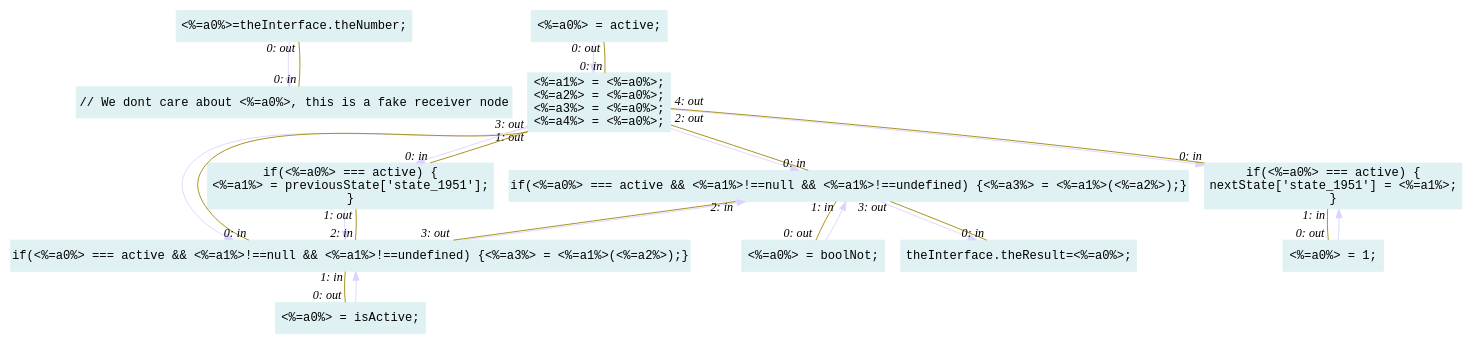
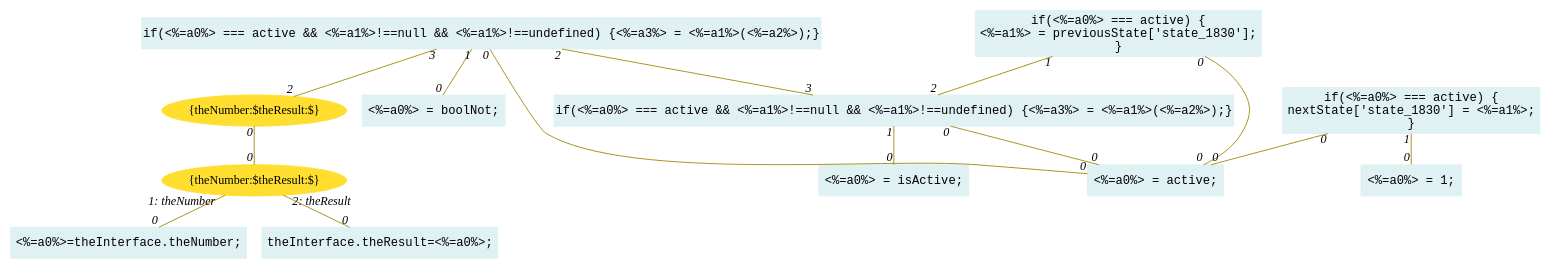
The diagram in lidl-core/example/ok/definitionOfInit/error.dot (crubier/lidl), drawn with Graphviz before and after one commit. The commit also changed 205 other files, not shown here.

```diff
--- a/lidl-core/example/ok/definitionOfInit/error.dot
+++ b/lidl-core/example/ok/definitionOfInit/error.dot
@@ -1,56 +1,40 @@
-digraph g{node_1863 [shape="box", style="filled", color="#dff1f2", fontname="Courier", label="<%=a0%>=theInterface.theNumber;
+digraph g{node_1742 [shape="box", style="filled", color="#dff1f2", fontname="Courier", label="<%=a0%>=theInterface.theNumber;
 " ]
-node_1865 [shape="box", style="filled", color="#dff1f2", fontname="Courier", label="theInterface.theResult=<%=a0%>;
+node_1744 [shape="box", style="filled", color="#dff1f2", fontname="Courier", label="theInterface.theResult=<%=a0%>;
 " ]
-node_1928 [shape="box", style="filled", color="#dff1f2", fontname="Courier", label="<%=a0%> = active;
+node_1746 [shape="ellipse", style="filled", color="#ffde2f", fontname="Times", label="{theNumber:$theResult:$}" ]
+node_1800 [shape="ellipse", style="filled", color="#ffde2f", fontname="Times", label="{theNumber:$theResult:$}" ]
+node_1807 [shape="box", style="filled", color="#dff1f2", fontname="Courier", label="<%=a0%> = active;
 " ]
-node_1935 [shape="box", style="filled", color="#dff1f2", fontname="Courier", label="<%=a0%> = isActive;
+node_1814 [shape="box", style="filled", color="#dff1f2", fontname="Courier", label="<%=a0%> = isActive;
 " ]
-node_1937 [shape="box", style="filled", color="#dff1f2", fontname="Courier", label="<%=a0%> = boolNot;
+node_1816 [shape="box", style="filled", color="#dff1f2", fontname="Courier", label="<%=a0%> = boolNot;
 " ]
-node_1939 [shape="box", style="filled", color="#dff1f2", fontname="Courier", label="<%=a0%> = 1;
+node_1818 [shape="box", style="filled", color="#dff1f2", fontname="Courier", label="<%=a0%> = 1;
 " ]
-node_1941 [shape="box", style="filled", color="#dff1f2", fontname="Courier", label="if(<%=a0%> === active && <%=a1%>!==null && <%=a1%>!==undefined) {<%=a3%> = <%=a1%>(<%=a2%>);}
+node_1820 [shape="box", style="filled", color="#dff1f2", fontname="Courier", label="if(<%=a0%> === active && <%=a1%>!==null && <%=a1%>!==undefined) {<%=a3%> = <%=a1%>(<%=a2%>);}
 " ]
-node_1946 [shape="box", style="filled", color="#dff1f2", fontname="Courier", label="if(<%=a0%> === active && <%=a1%>!==null && <%=a1%>!==undefined) {<%=a3%> = <%=a1%>(<%=a2%>);}
+node_1825 [shape="box", style="filled", color="#dff1f2", fontname="Courier", label="if(<%=a0%> === active && <%=a1%>!==null && <%=a1%>!==undefined) {<%=a3%> = <%=a1%>(<%=a2%>);}
 " ]
-node_1952 [shape="box", style="filled", color="#dff1f2", fontname="Courier", label="if(<%=a0%> === active) {
-<%=a1%> = previousState['state_1951'];
+node_1831 [shape="box", style="filled", color="#dff1f2", fontname="Courier", label="if(<%=a0%> === active) {
+<%=a1%> = previousState['state_1830'];
 }
 " ]
-node_1955 [shape="box", style="filled", color="#dff1f2", fontname="Courier", label="if(<%=a0%> === active) {
-nextState['state_1951'] = <%=a1%>;
+node_1834 [shape="box", style="filled", color="#dff1f2", fontname="Courier", label="if(<%=a0%> === active) {
+nextState['state_1830'] = <%=a1%>;
 }
 " ]
-node_1967 [shape="box", style="filled", color="#dff1f2", fontname="Courier", label="<%=a1%> = <%=a0%>;
-<%=a2%> = <%=a0%>;
-<%=a3%> = <%=a0%>;
-<%=a4%> = <%=a0%>;
-" ]
-node_1973 [shape="box", style="filled", color="#dff1f2", fontname="Courier", label="// We dont care about <%=a0%>, this is a fake receiver node
-" ]
-node_1863 -> node_1973 [dir=forward, arrowHead=normal, fontname="Times-Italic", arrowsize=1, color="#ddd2ff", label="",  headlabel="", taillabel="" ]
-node_1946 -> node_1865 [dir=forward, arrowHead=normal, fontname="Times-Italic", arrowsize=1, color="#ddd2ff", label="",  headlabel="", taillabel="" ]
-node_1941 -> node_1946 [dir=forward, arrowHead=normal, fontname="Times-Italic", arrowsize=1, color="#ddd2ff", label="",  headlabel="", taillabel="" ]
-node_1952 -> node_1941 [dir=forward, arrowHead=normal, fontname="Times-Italic", arrowsize=1, color="#ddd2ff", label="",  headlabel="", taillabel="" ]
-node_1967 -> node_1941 [dir=forward, arrowHead=normal, fontname="Times-Italic", arrowsize=1, color="#ddd2ff", label="",  headlabel="", taillabel="" ]
-node_1967 -> node_1946 [dir=forward, arrowHead=normal, fontname="Times-Italic", arrowsize=1, color="#ddd2ff", label="",  headlabel="", taillabel="" ]
-node_1967 -> node_1952 [dir=forward, arrowHead=normal, fontname="Times-Italic", arrowsize=1, color="#ddd2ff", label="",  headlabel="", taillabel="" ]
-node_1967 -> node_1955 [dir=forward, arrowHead=normal, fontname="Times-Italic", arrowsize=1, color="#ddd2ff", label="",  headlabel="", taillabel="" ]
-node_1928 -> node_1967 [dir=forward, arrowHead=normal, fontname="Times-Italic", arrowsize=1, color="#ddd2ff", label="",  headlabel="", taillabel="" ]
-node_1935 -> node_1941 [dir=forward, arrowHead=normal, fontname="Times-Italic", arrowsize=1, color="#ddd2ff", label="",  headlabel="", taillabel="" ]
-node_1937 -> node_1946 [dir=forward, arrowHead=normal, fontname="Times-Italic", arrowsize=1, color="#ddd2ff", label="",  headlabel="", taillabel="" ]
-node_1939 -> node_1955 [dir=forward, arrowHead=normal, fontname="Times-Italic", arrowsize=1, color="#ddd2ff", label="",  headlabel="", taillabel="" ]
-node_1941 -> node_1935 [dir=none, arrowHead=none, fontname="Times-Italic", arrowsize=1, color="#9d8400", label="",  headlabel="0: out", taillabel="1: in" ]
-node_1946 -> node_1937 [dir=none, arrowHead=none, fontname="Times-Italic", arrowsize=1, color="#9d8400", label="",  headlabel="0: out", taillabel="1: in" ]
-node_1946 -> node_1941 [dir=none, arrowHead=none, fontname="Times-Italic", arrowsize=1, color="#9d8400", label="",  headlabel="3: out", taillabel="2: in" ]
-node_1952 -> node_1941 [dir=none, arrowHead=none, fontname="Times-Italic", arrowsize=1, color="#9d8400", label="",  headlabel="2: in", taillabel="1: out" ]
-node_1955 -> node_1939 [dir=none, arrowHead=none, fontname="Times-Italic", arrowsize=1, color="#9d8400", label="",  headlabel="0: out", taillabel="1: in" ]
-node_1946 -> node_1865 [dir=none, arrowHead=none, fontname="Times-Italic", arrowsize=1, color="#9d8400", label="",  headlabel="0: in", taillabel="3: out" ]
-node_1928 -> node_1967 [dir=none, arrowHead=none, fontname="Times-Italic", arrowsize=1, color="#9d8400", label="",  headlabel="0: in", taillabel="0: out" ]
-node_1967 -> node_1941 [dir=none, arrowHead=none, fontname="Times-Italic", arrowsize=1, color="#9d8400", label="",  headlabel="0: in", taillabel="1: out" ]
-node_1967 -> node_1946 [dir=none, arrowHead=none, fontname="Times-Italic", arrowsize=1, color="#9d8400", label="",  headlabel="0: in", taillabel="2: out" ]
-node_1967 -> node_1952 [dir=none, arrowHead=none, fontname="Times-Italic", arrowsize=1, color="#9d8400", label="",  headlabel="0: in", taillabel="3: out" ]
-node_1967 -> node_1955 [dir=none, arrowHead=none, fontname="Times-Italic", arrowsize=1, color="#9d8400", label="",  headlabel="0: in", taillabel="4: out" ]
-node_1863 -> node_1973 [dir=none, arrowHead=none, fontname="Times-Italic", arrowsize=1, color="#9d8400", label="",  headlabel="0: in", taillabel="0: out" ]
+node_1746 -> node_1742 [dir=none, arrowHead=none, fontname="Times-Italic", arrowsize=1, color="#9d8400", label="",  headlabel="0", taillabel="1: theNumber" ]
+node_1746 -> node_1744 [dir=none, arrowHead=none, fontname="Times-Italic", arrowsize=1, color="#9d8400", label="",  headlabel="0", taillabel="2: theResult" ]
+node_1800 -> node_1746 [dir=none, arrowHead=none, fontname="Times-Italic", arrowsize=1, color="#9d8400", label="",  headlabel="0", taillabel="0" ]
+node_1820 -> node_1807 [dir=none, arrowHead=none, fontname="Times-Italic", arrowsize=1, color="#9d8400", label="",  headlabel="0", taillabel="0" ]
+node_1820 -> node_1814 [dir=none, arrowHead=none, fontname="Times-Italic", arrowsize=1, color="#9d8400", label="",  headlabel="0", taillabel="1" ]
+node_1825 -> node_1807 [dir=none, arrowHead=none, fontname="Times-Italic", arrowsize=1, color="#9d8400", label="",  headlabel="0", taillabel="0" ]
+node_1825 -> node_1816 [dir=none, arrowHead=none, fontname="Times-Italic", arrowsize=1, color="#9d8400", label="",  headlabel="0", taillabel="1" ]
+node_1825 -> node_1820 [dir=none, arrowHead=none, fontname="Times-Italic", arrowsize=1, color="#9d8400", label="",  headlabel="3", taillabel="2" ]
+node_1825 -> node_1800 [dir=none, arrowHead=none, fontname="Times-Italic", arrowsize=1, color="#9d8400", label="",  headlabel="2", taillabel="3" ]
+node_1831 -> node_1807 [dir=none, arrowHead=none, fontname="Times-Italic", arrowsize=1, color="#9d8400", label="",  headlabel="0", taillabel="0" ]
+node_1831 -> node_1820 [dir=none, arrowHead=none, fontname="Times-Italic", arrowsize=1, color="#9d8400", label="",  headlabel="2", taillabel="1" ]
+node_1834 -> node_1807 [dir=none, arrowHead=none, fontname="Times-Italic", arrowsize=1, color="#9d8400", label="",  headlabel="0", taillabel="0" ]
+node_1834 -> node_1818 [dir=none, arrowHead=none, fontname="Times-Italic", arrowsize=1, color="#9d8400", label="",  headlabel="0", taillabel="1" ]
 }
```
